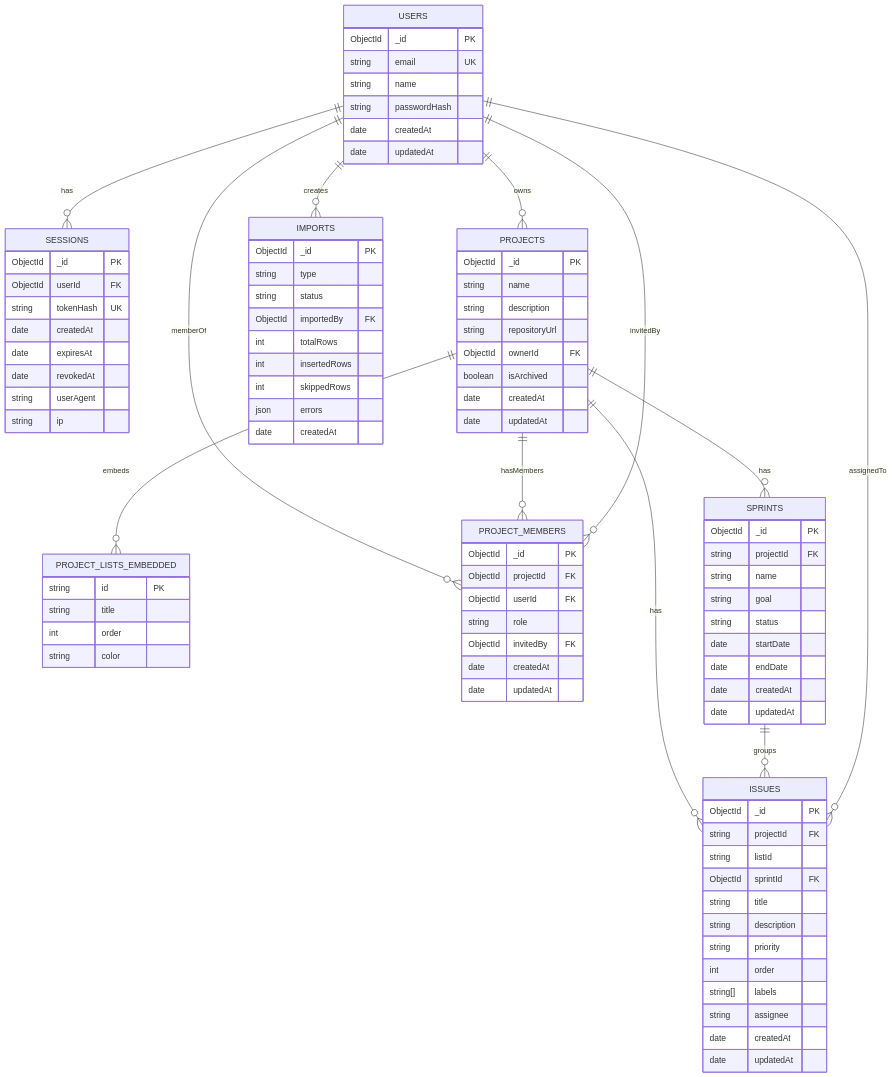
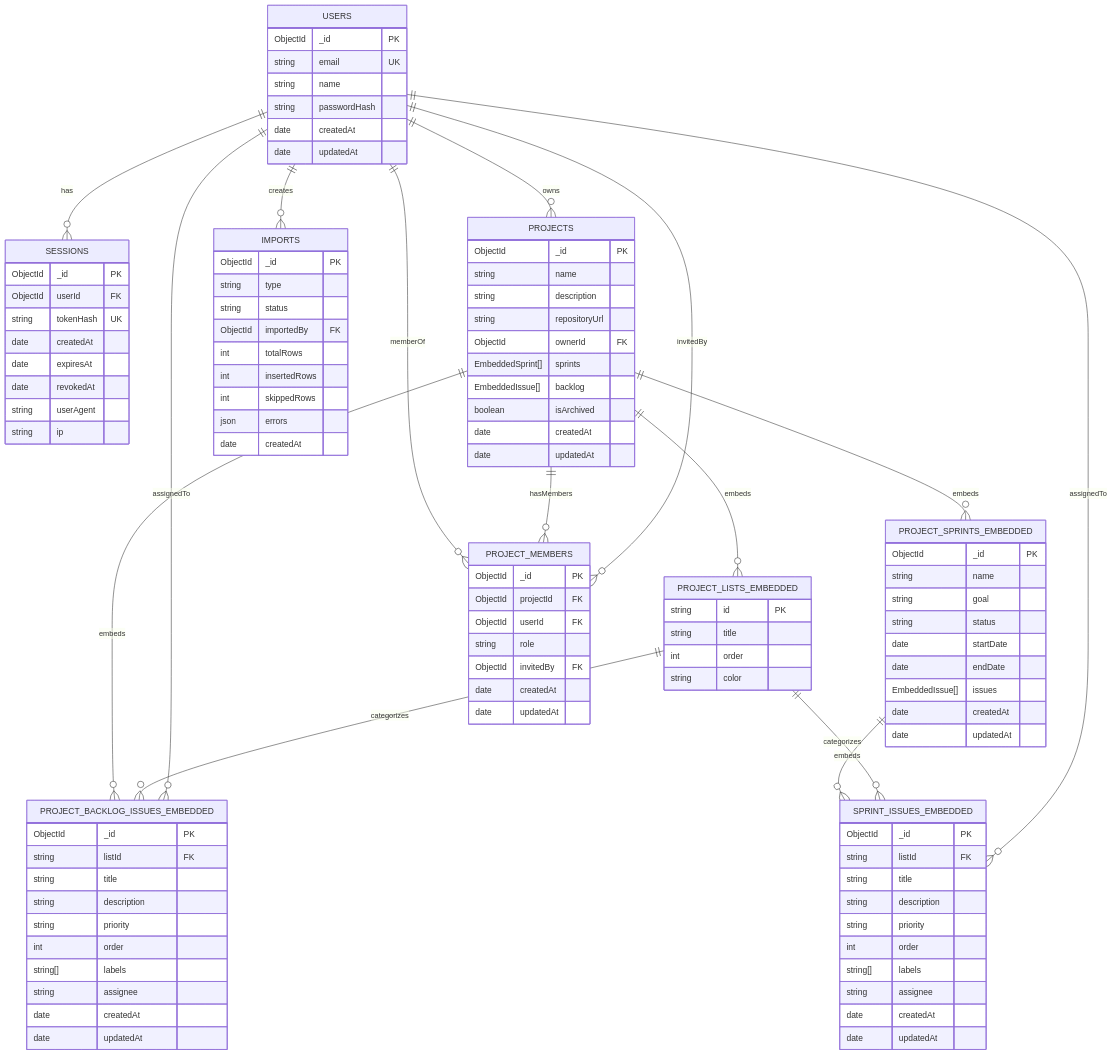
Before and after one commit to SelinaMogicato/Flowboard-M165: the diagram in documentation/mongo-erd.mmd, drawn with Mermaid. The commit also changed 1 other file, not shown here.

Commit message:
feat: update MongoDB entity-relationship diagram and enhance issue repository structure

```diff
--- a/documentation/mongo-erd.mmd
+++ b/documentation/mongo-erd.mmd
@@ -1,99 +1,115 @@
 erDiagram
     USERS {
         ObjectId _id PK
         string email UK
         string name
         string passwordHash
         date createdAt
         date updatedAt
     }
 
     SESSIONS {
         ObjectId _id PK
         ObjectId userId FK
         string tokenHash UK
         date createdAt
         date expiresAt
         date revokedAt
         string userAgent
         string ip
     }
 
     PROJECTS {
         ObjectId _id PK
         string name
         string description
         string repositoryUrl
         ObjectId ownerId FK
+        EmbeddedSprint[] sprints
+        EmbeddedIssue[] backlog
         boolean isArchived
         date createdAt
         date updatedAt
     }
 
     PROJECT_LISTS_EMBEDDED {
         string id PK
         string title
         int order
         string color
     }
 
+    PROJECT_BACKLOG_ISSUES_EMBEDDED {
+        ObjectId _id PK
+        string listId FK
+        string title
+        string description
+        string priority
+        int order
+        string[] labels
+        string assignee
+        date createdAt
+        date updatedAt
+    }
+
+    PROJECT_SPRINTS_EMBEDDED {
+        ObjectId _id PK
+        string name
+        string goal
+        string status
+        date startDate
+        date endDate
+        EmbeddedIssue[] issues
+        date createdAt
+        date updatedAt
+    }
+
+    SPRINT_ISSUES_EMBEDDED {
+        ObjectId _id PK
+        string listId FK
+        string title
+        string description
+        string priority
+        int order
+        string[] labels
+        string assignee
+        date createdAt
+        date updatedAt
+    }
+
     PROJECT_MEMBERS {
         ObjectId _id PK
         ObjectId projectId FK
         ObjectId userId FK
         string role
         ObjectId invitedBy FK
-        date createdAt
-        date updatedAt
-    }
-
-    SPRINTS {
-        ObjectId _id PK
-        string projectId FK
-        string name
-        string goal
-        string status
-        date startDate
-        date endDate
-        date createdAt
-        date updatedAt
-    }
-
-    ISSUES {
-        ObjectId _id PK
-        string projectId FK
-        string listId
-        ObjectId sprintId FK
-        string title
-        string description
-        string priority
-        int order
-        string[] labels
-        string assignee
         date createdAt
         date updatedAt
     }
 
     IMPORTS {
         ObjectId _id PK
         string type
         string status
         ObjectId importedBy FK
         int totalRows
         int insertedRows
         int skippedRows
         json errors
         date createdAt
     }
 
     USERS ||--o{ SESSIONS : has
     USERS ||--o{ PROJECTS : owns
     USERS ||--o{ PROJECT_MEMBERS : memberOf
     PROJECTS ||--o{ PROJECT_MEMBERS : hasMembers
     USERS ||--o{ PROJECT_MEMBERS : invitedBy
     PROJECTS ||--o{ PROJECT_LISTS_EMBEDDED : embeds
-    PROJECTS ||--o{ SPRINTS : has
-    PROJECTS ||--o{ ISSUES : has
-    SPRINTS ||--o{ ISSUES : groups
-    USERS ||--o{ ISSUES : assignedTo
+    PROJECTS ||--o{ PROJECT_BACKLOG_ISSUES_EMBEDDED : embeds
+    PROJECTS ||--o{ PROJECT_SPRINTS_EMBEDDED : embeds
+    PROJECT_SPRINTS_EMBEDDED ||--o{ SPRINT_ISSUES_EMBEDDED : embeds
+    PROJECT_LISTS_EMBEDDED ||--o{ PROJECT_BACKLOG_ISSUES_EMBEDDED : categorizes
+    PROJECT_LISTS_EMBEDDED ||--o{ SPRINT_ISSUES_EMBEDDED : categorizes
+    USERS ||--o{ PROJECT_BACKLOG_ISSUES_EMBEDDED : assignedTo
+    USERS ||--o{ SPRINT_ISSUES_EMBEDDED : assignedTo
     USERS ||--o{ IMPORTS : creates
```
